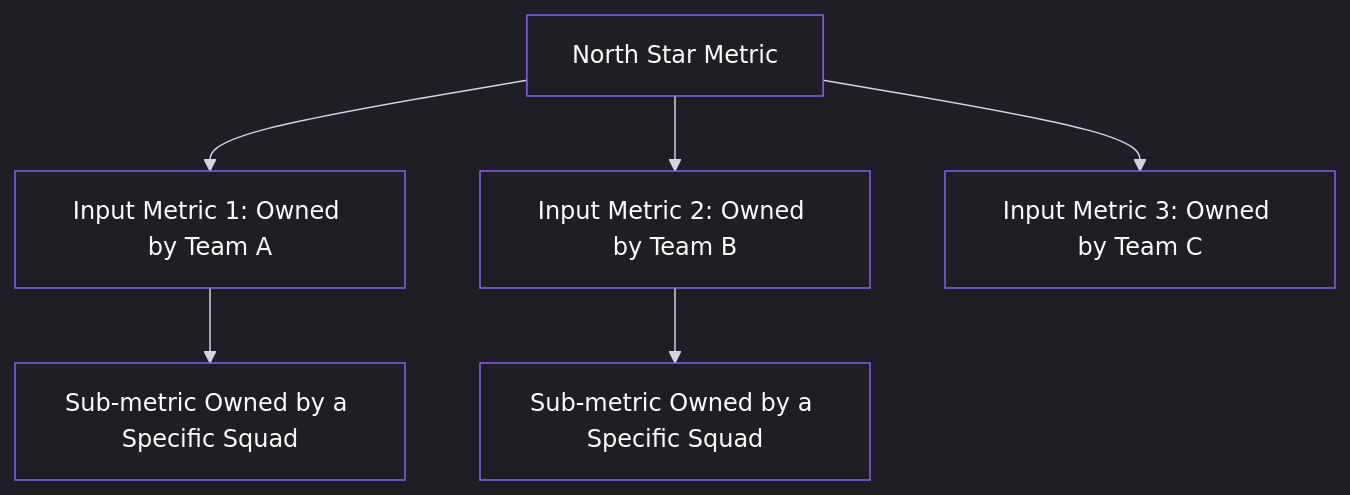
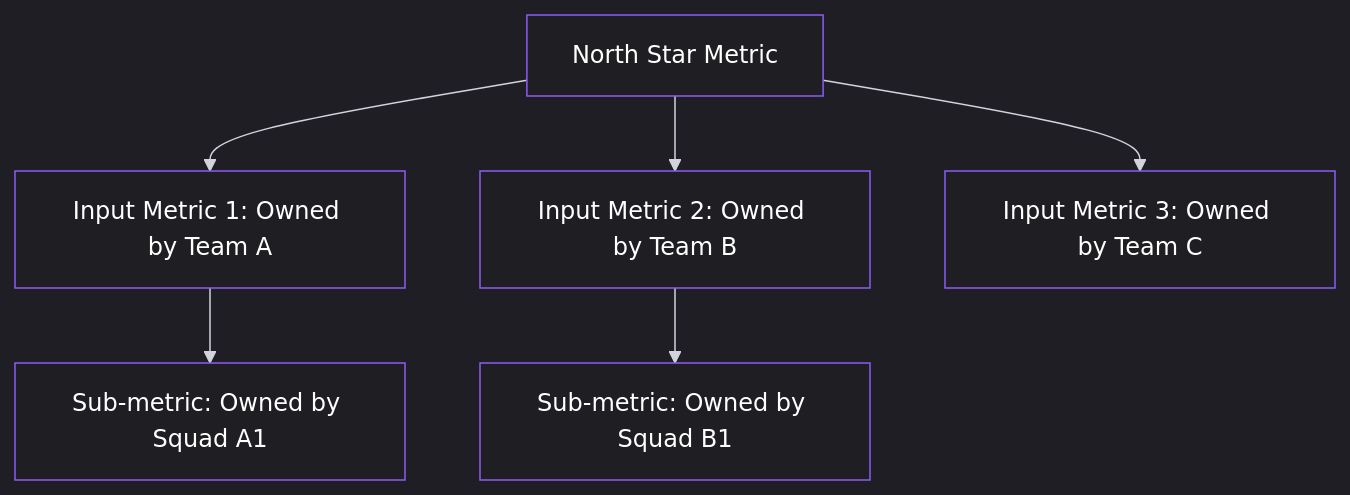
The first of 2 diagrams in content/lessons/lesson-042.md (pmacademy-app/web), drawn with Mermaid before and after one commit. The commit also changed 19 other files, not shown here.

````diff
--- a/content/lessons/lesson-042.md
+++ b/content/lessons/lesson-042.md
@@ -63,38 +63,38 @@
 ```mermaid
 %%{init: {
   "theme": "dark",
   "themeVariables": {
     "background": "#0b0b0c",
     "primaryColor": "#1f1f23",
     "primaryTextColor": "#ffffff",
     "primaryBorderColor": "#8b5cf6",
     "lineColor": "#d1d5db",
     "secondaryColor": "#18181b",
     "tertiaryColor": "#111111",
     "mainBkg": "#1f1f23",
     "nodeBorder": "#8b5cf6",
     "clusterBkg": "#000000",
     "clusterBorder": "#27272a",
     "titleColor": "#ffffff",
     "edgeLabelBackground": "#0b0b0c",
     "nodeTextColor": "#ffffff",
     "edgeLabelColor": "#ffffff",
     "actorBorder": "#8b5cf6",
     "actorBkg": "#1f1f23",
     "actorTextColor": "#ffffff",
     "sequenceNumberColor": "#ffffff",
     "signalColor": "#8b5cf6",
     "signalTextColor": "#ffffff",
     "textColor": "#ffffff",
     "classText": "#ffffff",
     "classBorder": "#8b5cf6",
     "classBkg": "#1f1f23"
   }
 }}%%
 graph TD
     A[North Star Metric] --> B[Input Metric 1: Owned by Team A]
     A --> C[Input Metric 2: Owned by Team B]
     A --> D[Input Metric 3: Owned by Team C]
-    B --> E[Sub-metric Owned by a Specific Squad]
-    C --> F[Sub-metric Owned by a Specific Squad]
+    B --> E[Sub-metric: Owned by Squad A1]
+    C --> F[Sub-metric: Owned by Squad B1]
 ```
````
